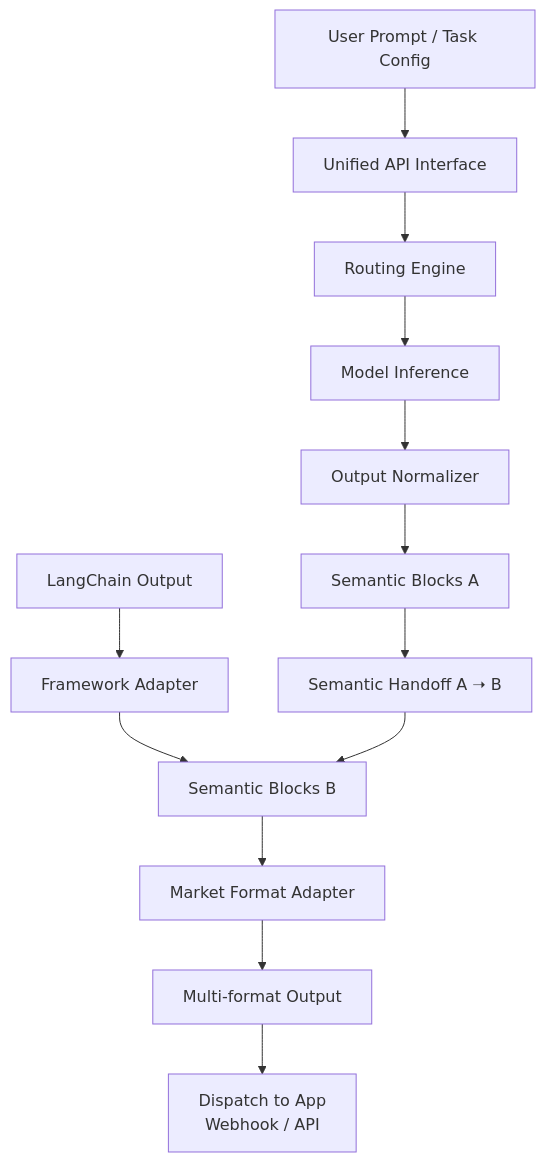
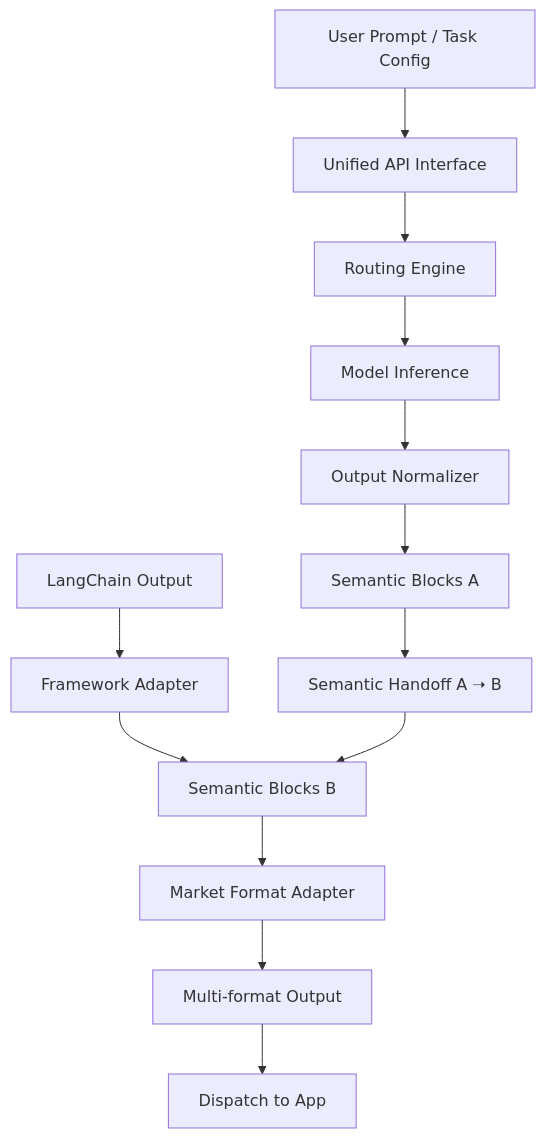
The diagram in demo/README.md (CharmAIOS/CharmOS), drawn with Mermaid before and after one commit.

Commit message:
README.md

````diff
--- a/demo/README.md
+++ b/demo/README.md
@@ -6,21 +6,21 @@
 ``` mermaid
 graph TD
   A[User Prompt / Task Config] --> B[Unified API Interface]
   B --> C[Routing Engine]
   C --> D[Model Inference]
   D --> E[Output Normalizer]
   E --> F1[Semantic Blocks A]
 
   %% External framework output
   L[LangChain Output] --> M[Framework Adapter]
   M --> F2[Semantic Blocks B]
 
   %% Interop (Handoff)
   F1 --> H[Semantic Handoff A ➝ B]
   H --> F2
 
   %% Output
   F2 --> G[Market Format Adapter]
   G --> I[Multi-format Output]
-  I --> J[Dispatch to App\nWebhook / API]
+  I --> J[Dispatch to App]
 ```
````
